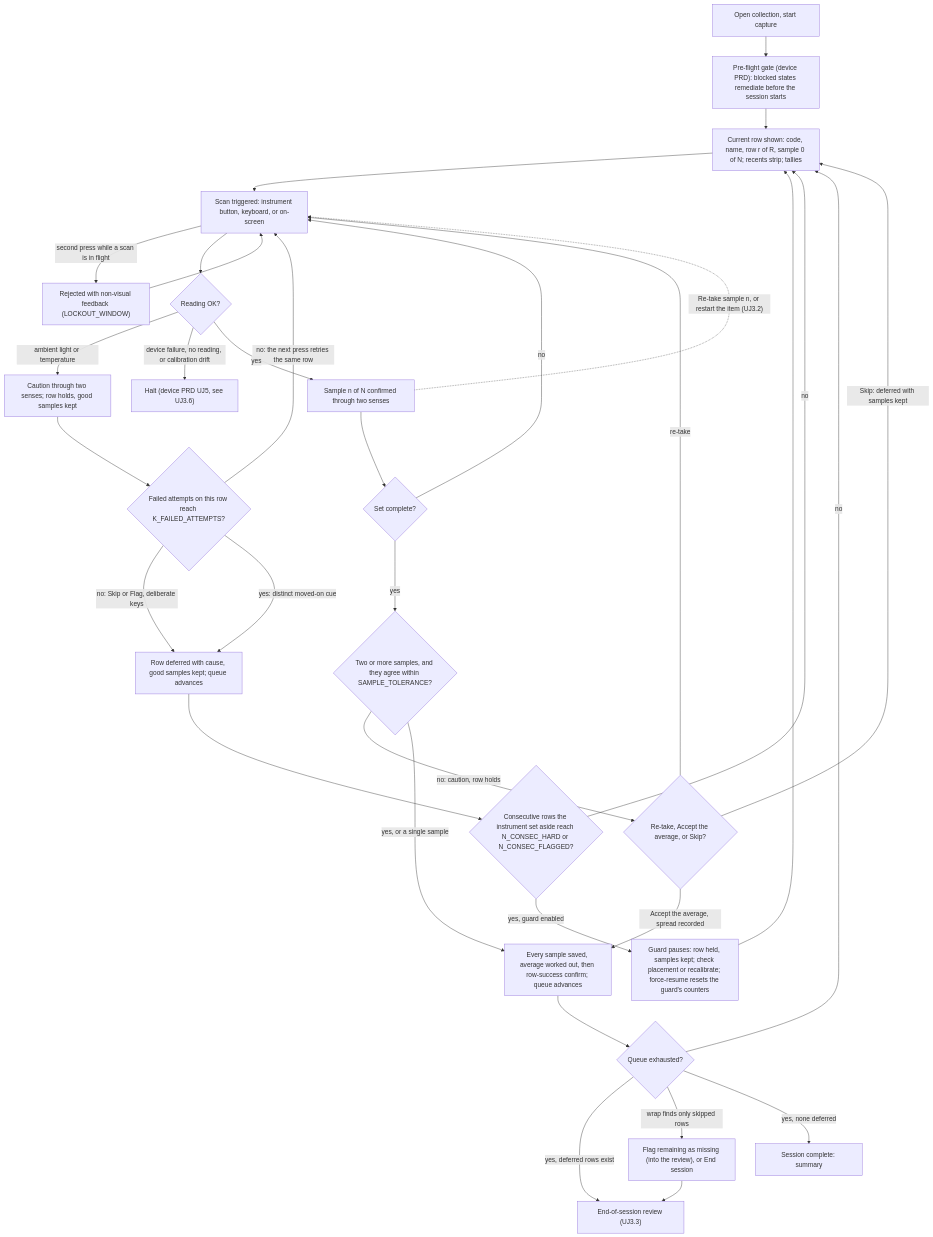
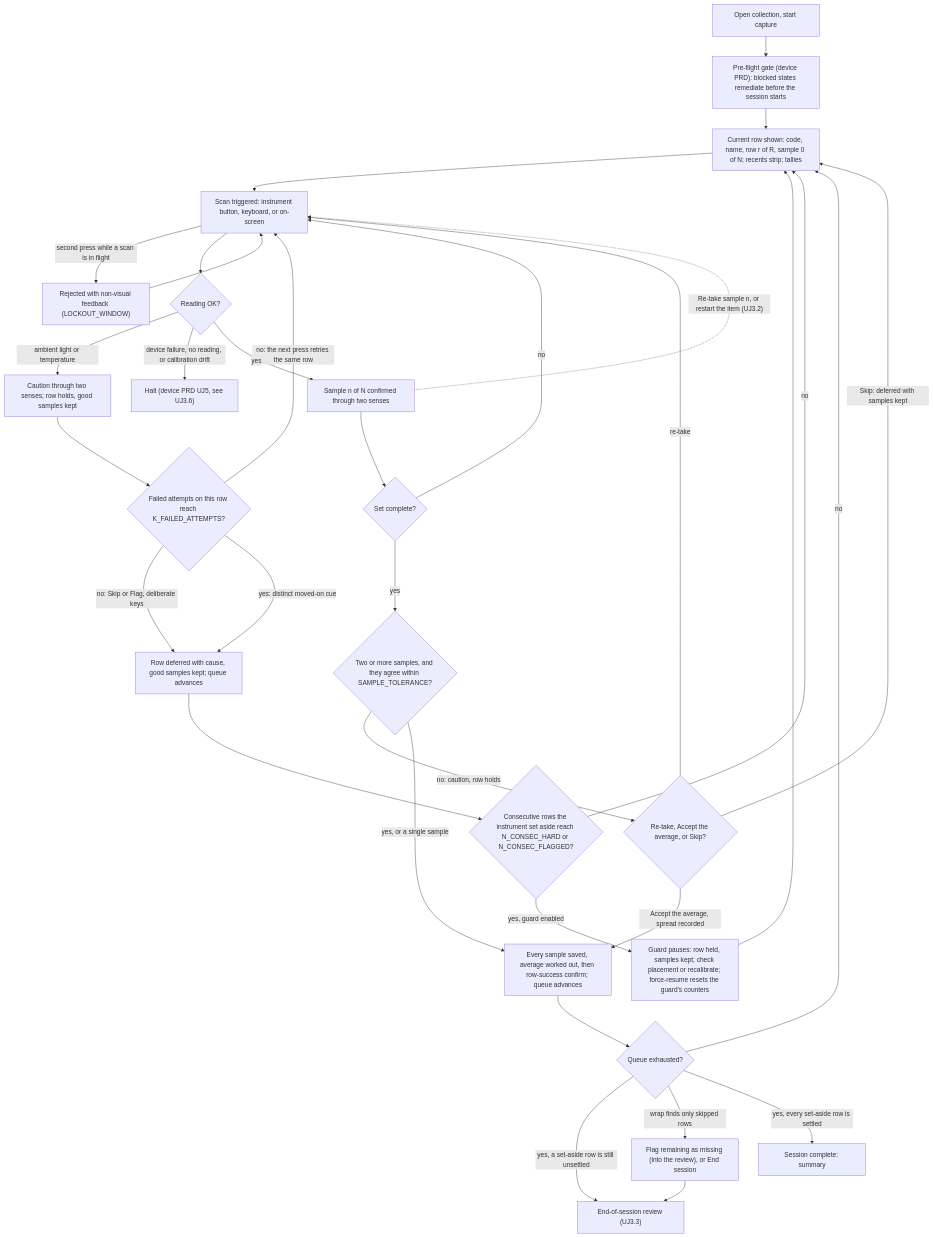
The fourth of 6 diagrams in docs/product/prd-capture-mode.md (vinnyp/spectro-capture), drawn with Mermaid before and after one commit. The commit also changed other lines of this file and 3 other files, not shown here.

````diff
--- a/docs/product/prd-capture-mode.md
+++ b/docs/product/prd-capture-mode.md
@@ -304,35 +305,35 @@
 ```mermaid
 flowchart TD
     A["Open collection, start capture"] --> B["Pre-flight gate (device PRD): blocked states remediate before the session starts"]
     B --> C["Current row shown: code, name, row r of R, sample 0 of N; recents strip; tallies"]
     C --> D["Scan triggered: instrument button, keyboard, or on-screen"]
     D -- "second press while a scan is in flight" --> D1["Rejected with non-visual feedback (LOCKOUT_WINDOW)"]
     D1 --> D
     D --> E{Reading OK?}
     E -- "ambient light or temperature" --> F["Caution through two senses; row holds, good samples kept"]
     F --> F2{"Failed attempts on this row reach K_FAILED_ATTEMPTS?"}
     F2 -- "no: the next press retries the same row" --> D
     F2 -- "no: Skip or Flag, deliberate keys" --> F3["Row deferred with cause, good samples kept; queue advances"]
     F2 -- "yes: distinct moved-on cue" --> F3
     F3 --> K{"Consecutive rows the instrument set aside reach N_CONSEC_HARD or N_CONSEC_FLAGGED?"}
     K -- "yes, guard enabled" --> L["Guard pauses: row held, samples kept; check placement or recalibrate; force-resume resets the guard's counters"]
     L --> C
     K -- no --> C
     E -- "device failure, no reading, or calibration drift" --> X["Halt (device PRD UJ5, see UJ3.6)"]
     E -- yes --> G["Sample n of N confirmed through two senses"]
     G --> H{Set complete?}
     H -- no --> D
     G -. "Re-take sample n, or restart the item (UJ3.2)" .-> D
     H -- yes --> I{"Two or more samples, and they agree within SAMPLE_TOLERANCE?"}
     I -- "no: caution, row holds" --> I1{"Re-take, Accept the average, or Skip?"}
     I1 -- "re-take" --> D
     I1 -- "Accept the average, spread recorded" --> J
     I1 -- "Skip: deferred with samples kept" --> C
     I -- "yes, or a single sample" --> J["Every sample saved, average worked out, then row-success confirm; queue advances"]
     J --> M{Queue exhausted?}
     M -- no --> C
-    M -- "yes, deferred rows exist" --> N["End-of-session review (UJ3.3)"]
+    M -- "yes, a set-aside row is still unsettled" --> N["End-of-session review (UJ3.3)"]
     M -- "wrap finds only skipped rows" --> N2["Flag remaining as missing (into the review), or End session"]
     N2 --> N
-    M -- "yes, none deferred" --> O["Session complete: summary"]
+    M -- "yes, every set-aside row is settled" --> O["Session complete: summary"]
 ```
````
